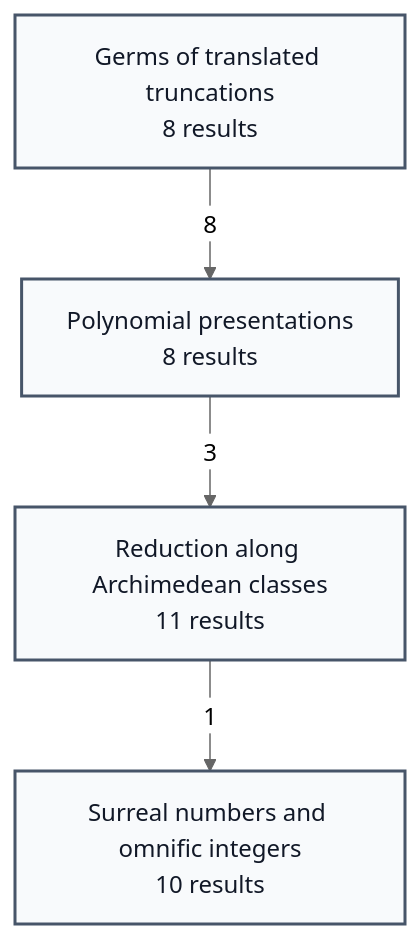
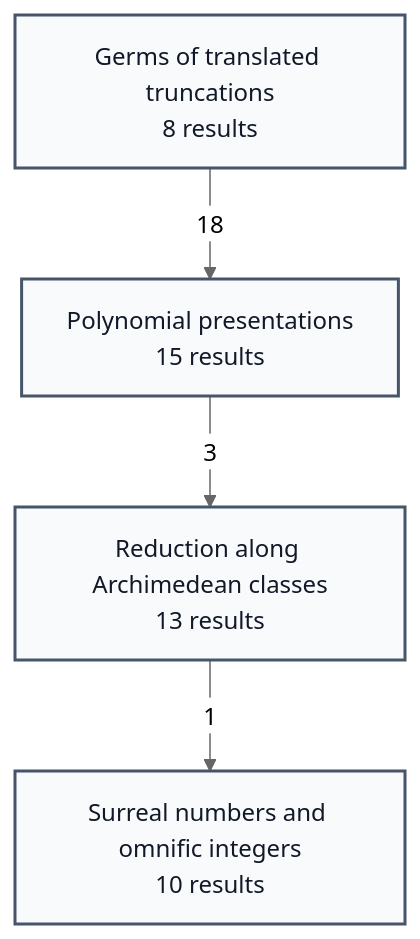
Before and after one commit to gaearon/conway-refinement: the first of 5 diagrams in README.md, drawn with Mermaid (neutral theme). The commit also changed other lines of this file and 37 other files, not shown here.

````diff
--- a/README.md
+++ b/README.md
@@ -168,18 +168,18 @@
 ```mermaid
 %% Generated by scripts/blueprint.sh; do not edit.
 %% Edge labels count visible result dependencies.
 flowchart TB
   p0["Germs of translated truncations<br/>8 results"]:::phase
-  p1["Polynomial presentations<br/>8 results"]:::phase
-  p2["Reduction along Archimedean classes<br/>11 results"]:::phase
+  p1["Polynomial presentations<br/>15 results"]:::phase
+  p2["Reduction along Archimedean classes<br/>13 results"]:::phase
   p3["Surreal numbers and omnific integers<br/>10 results"]:::phase
-  p0 -->|"8"| p1
+  p0 -->|"18"| p1
   p1 -->|"3"| p2
   p2 -->|"1"| p3
   click p0 "https://gaearon.github.io/conway-refinement/#/chapter/germs" "Open Germs of translated truncations"
   click p1 "https://gaearon.github.io/conway-refinement/#/chapter/polynomial-presentations" "Open Polynomial presentations"
   click p2 "https://gaearon.github.io/conway-refinement/#/chapter/archimedean-reduction" "Open Reduction along Archimedean classes"
   click p3 "https://gaearon.github.io/conway-refinement/#/chapter/conway-refinement" "Open Surreal numbers and omnific integers"
 
   classDef phase fill:#f8fafc,stroke:#475569,stroke-width:2px,color:#111827
 ```
````
